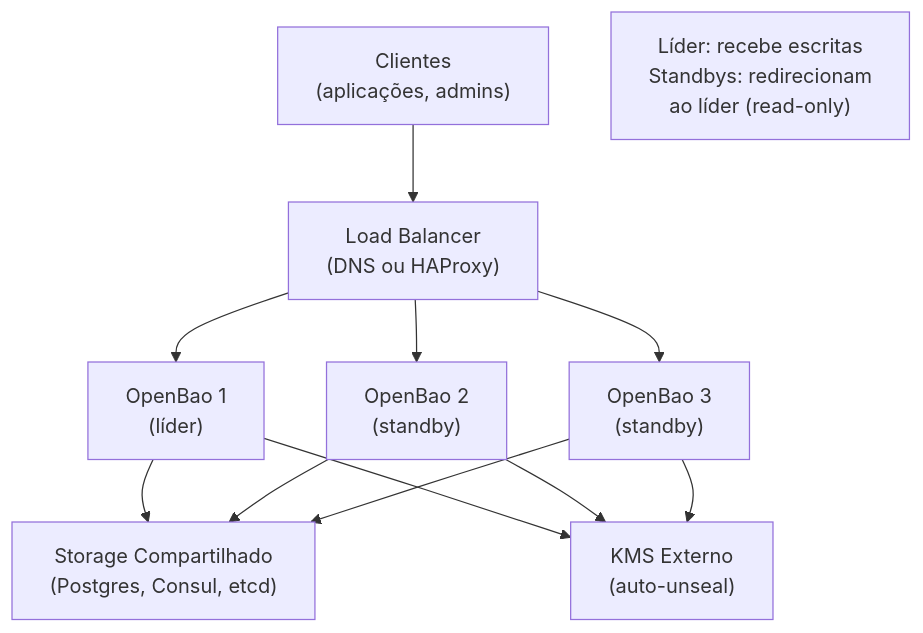
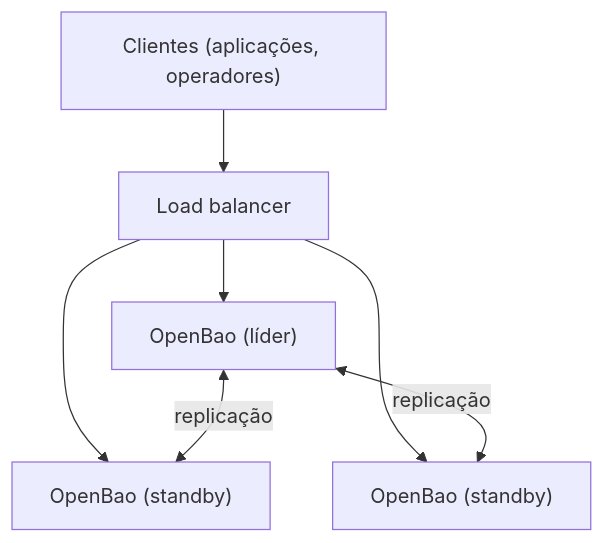
The diagram in src/content/docs/learn/secrets-management/openbao-high-availability.mdx (guesant/cluster-management-notes), drawn with Mermaid before and after one commit. The commit also changed other lines of this file and 84 other files, not shown here.

````diff
--- a/src/content/docs/learn/secrets-management/openbao-high-availability.mdx
+++ b/src/content/docs/learn/secrets-management/openbao-high-availability.mdx
@@ -13,30 +16,13 @@
 ```mermaid
 flowchart TB
-    accTitle: Topologia HA do OpenBao
-    accDescr: Múltiplas réplicas compartilham storage externo, um líder por vez.
+    accTitle: Topologia de OpenBao em alta disponibilidade
+    accDescr: Um load balancer distribui requisições entre múltiplas réplicas do OpenBao. Apenas o líder processa escritas; standbys redirecionam escritas ao líder e podem atender leituras. Todas as réplicas compartilham o mesmo estado replicado.
 
-    Clients["Clientes<br/>(aplicações, admins)"]
-    LB["Load Balancer<br/>(DNS ou HAProxy)"]
-    
-    Bao1["OpenBao 1<br/>(líder)"]
-    Bao2["OpenBao 2<br/>(standby)"]
-    Bao3["OpenBao 3<br/>(standby)"]
-    
-    Storage["Storage Compartilhado<br/>(Postgres, Consul, etcd)"]
-    KMS["KMS Externo<br/>(auto-unseal)"]
-    
-    Clients --> LB
-    LB --> Bao1
-    LB --> Bao2
-    LB --> Bao3
-    
-    Bao1 --> Storage
-    Bao2 --> Storage
-    Bao3 --> Storage
-    
-    Bao1 --> KMS
-    Bao2 --> KMS
-    Bao3 --> KMS
-    
-    note["Líder: recebe escritas<br/>Standbys: redirecionam<br/>ao líder (read-only)"]
+    Clients["Clientes (aplicações, operadores)"] --> LB["Load balancer"]
+    LB --> Lider["OpenBao (líder)"]
+    LB --> Standby1["OpenBao (standby)"]
+    LB --> Standby2["OpenBao (standby)"]
+
+    Lider <-->|"replicação"| Standby1
+    Lider <-->|"replicação"| Standby2
 ```
````
